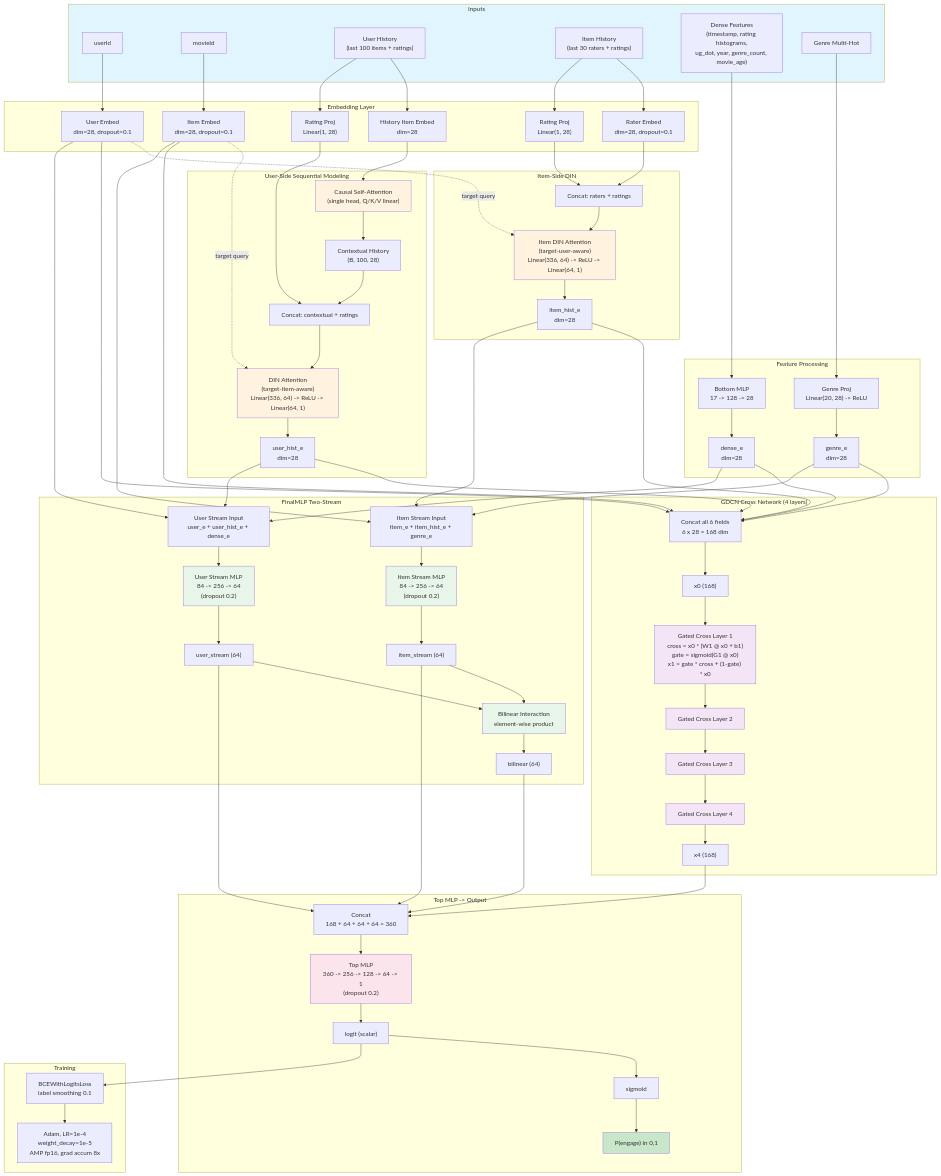
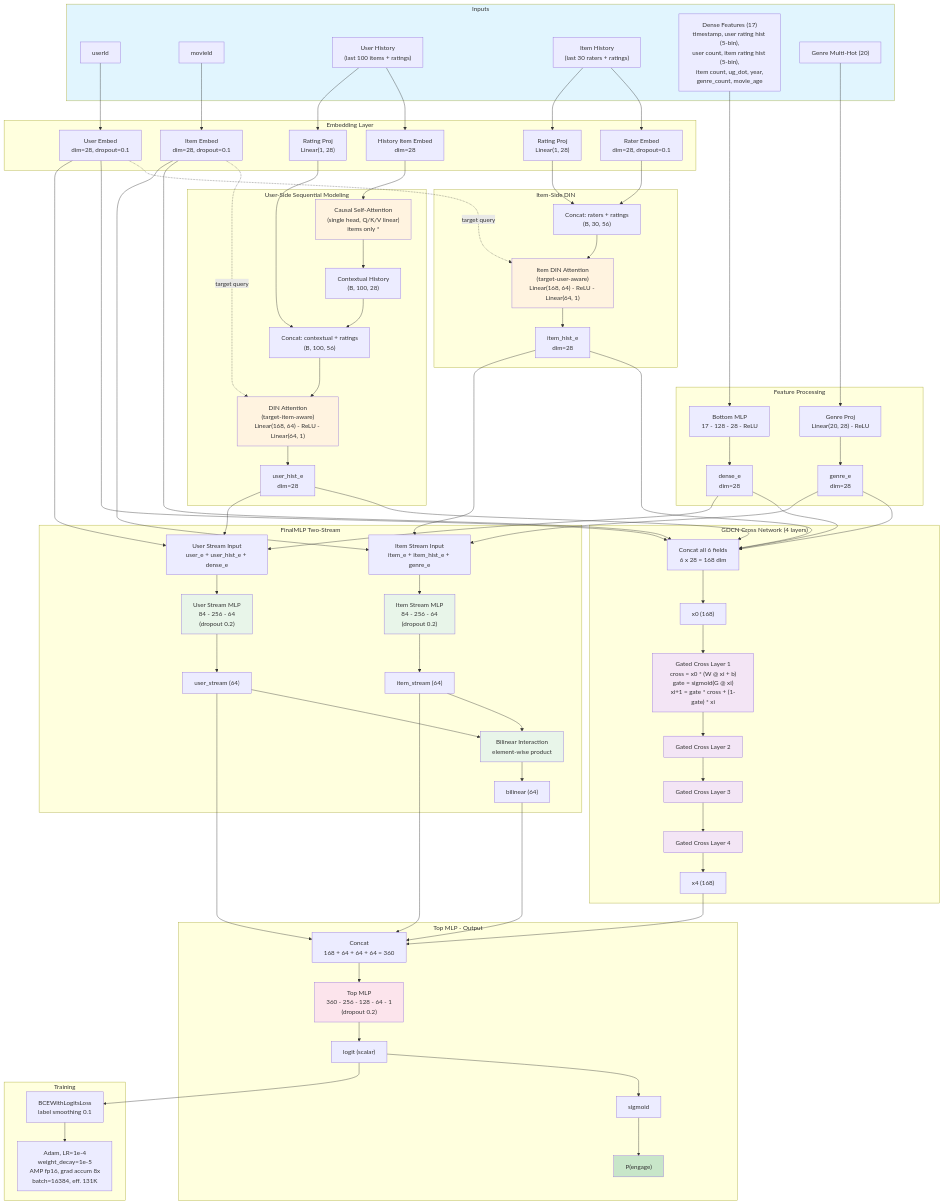
One commit to thuningxu/movielens changed the diagram in architecture.md. Above: the diagram before and after it, drawn with Mermaid. The commit also changed other lines of this file, not shown here.

Commit message:
Update architecture diagram: fix DIN sizes, add detail
- Fix DIN attention input: 336 -> 168 (3*2*28, not 3*2*48)
- Add dense feature breakdown (17 features listed)
- Add batch/training config to Training box
- Add known design note about SA/rating alignment
- Update experiment count to ~140

```diff
--- a/architecture.md
+++ b/architecture.md
@@ -11,11 +11,11 @@
         MID["movieId"]
         HIST["User History<br/>(last 100 items + ratings)"]
         IHIST["Item History<br/>(last 30 raters + ratings)"]
-        DENSE_RAW["Dense Features<br/>(timestamp, rating histograms,<br/>ug_dot, year, genre_count, movie_age)"]
-        GENRE["Genre Multi-Hot"]
+        DENSE_RAW["Dense Features (17)<br/>timestamp, user rating hist (5-bin),<br/>user count, item rating hist (5-bin),<br/>item count, ug_dot, year,<br/>genre_count, movie_age"]
+        GENRE["Genre Multi-Hot (20)"]
     end
 
-    subgraph Embedding Layer
+    subgraph "Embedding Layer"
         UID --> USER_E["User Embed<br/>dim=28, dropout=0.1"]
         MID --> ITEM_E["Item Embed<br/>dim=28, dropout=0.1"]
         HIST --> HIST_E["History Item Embed<br/>dim=28"]
@@ -24,28 +24,28 @@
         IHIST --> RATER_RAT["Rating Proj<br/>Linear(1, 28)"]
     end
 
-    subgraph User-Side Sequential Modeling
-        HIST_E --> CAUSAL["Causal Self-Attention<br/>(single head, Q/K/V linear)"]
+    subgraph "User-Side Sequential Modeling"
+        HIST_E --> CAUSAL["Causal Self-Attention<br/>(single head, Q/K/V linear)<br/>items only *"]
         CAUSAL --> CONTEXTUAL["Contextual History<br/>(B, 100, 28)"]
-        CONTEXTUAL --> DIN_CAT["Concat: contextual + ratings"]
+        CONTEXTUAL --> DIN_CAT["Concat: contextual + ratings<br/>(B, 100, 56)"]
         HIST_RAT --> DIN_CAT
-        DIN_CAT --> DIN["DIN Attention<br/>(target-item-aware)<br/>Linear(336, 64) -> ReLU -> Linear(64, 1)"]
+        DIN_CAT --> DIN["DIN Attention<br/>(target-item-aware)<br/>Linear(168, 64) - ReLU - Linear(64, 1)"]
         ITEM_E -.->|target query| DIN
         DIN --> USER_HIST_E["user_hist_e<br/>dim=28"]
     end
 
-    subgraph Item-Side DIN
-        RATER_E --> IDIN_CAT["Concat: raters + ratings"]
+    subgraph "Item-Side DIN"
+        RATER_E --> IDIN_CAT["Concat: raters + ratings<br/>(B, 30, 56)"]
         RATER_RAT --> IDIN_CAT
-        IDIN_CAT --> IDIN["Item DIN Attention<br/>(target-user-aware)<br/>Linear(336, 64) -> ReLU -> Linear(64, 1)"]
+        IDIN_CAT --> IDIN["Item DIN Attention<br/>(target-user-aware)<br/>Linear(168, 64) - ReLU - Linear(64, 1)"]
         USER_E -.->|target query| IDIN
         IDIN --> ITEM_HIST_E["item_hist_e<br/>dim=28"]
     end
 
-    subgraph Feature Processing
-        DENSE_RAW --> BOTTOM_MLP["Bottom MLP<br/>17 -> 128 -> 28"]
+    subgraph "Feature Processing"
+        DENSE_RAW --> BOTTOM_MLP["Bottom MLP<br/>17 - 128 - 28 - ReLU"]
         BOTTOM_MLP --> DENSE_E["dense_e<br/>dim=28"]
-        GENRE --> GENRE_PROJ["Genre Proj<br/>Linear(20, 28) -> ReLU"]
+        GENRE --> GENRE_PROJ["Genre Proj<br/>Linear(20, 28) - ReLU"]
         GENRE_PROJ --> GENRE_E["genre_e<br/>dim=28"]
     end
 
@@ -57,7 +57,7 @@
         DENSE_E --> CONCAT
         GENRE_E --> CONCAT
         CONCAT --> X0["x0 (168)"]
-        X0 --> GCL1["Gated Cross Layer 1<br/>cross = x0 * (W1 @ x0 + b1)<br/>gate = sigmoid(G1 @ x0)<br/>x1 = gate * cross + (1-gate) * x0"]
+        X0 --> GCL1["Gated Cross Layer 1<br/>cross = x0 * (W @ xi + b)<br/>gate = sigmoid(G @ xi)<br/>xi+1 = gate * cross + (1-gate) * xi"]
         GCL1 --> GCL2["Gated Cross Layer 2"]
         GCL2 --> GCL3["Gated Cross Layer 3"]
         GCL3 --> GCL4["Gated Cross Layer 4"]
@@ -68,13 +68,13 @@
         USER_E --> US_CAT["User Stream Input<br/>user_e + user_hist_e + dense_e"]
         USER_HIST_E --> US_CAT
         DENSE_E --> US_CAT
-        US_CAT --> US["User Stream MLP<br/>84 -> 256 -> 64<br/>(dropout 0.2)"]
+        US_CAT --> US["User Stream MLP<br/>84 - 256 - 64<br/>(dropout 0.2)"]
         US --> US_OUT["user_stream (64)"]
 
         ITEM_E --> IS_CAT["Item Stream Input<br/>item_e + item_hist_e + genre_e"]
         ITEM_HIST_E --> IS_CAT
         GENRE_E --> IS_CAT
-        IS_CAT --> IS["Item Stream MLP<br/>84 -> 256 -> 64<br/>(dropout 0.2)"]
+        IS_CAT --> IS["Item Stream MLP<br/>84 - 256 - 64<br/>(dropout 0.2)"]
         IS --> IS_OUT["item_stream (64)"]
 
         US_OUT --> BILINEAR["Bilinear Interaction<br/>element-wise product"]
@@ -82,20 +82,20 @@
         BILINEAR --> BIL_OUT["bilinear (64)"]
     end
 
-    subgraph "Top MLP -> Output"
+    subgraph "Top MLP - Output"
         X4 --> FINAL_CAT["Concat<br/>168 + 64 + 64 + 64 = 360"]
         US_OUT --> FINAL_CAT
         IS_OUT --> FINAL_CAT
         BIL_OUT --> FINAL_CAT
-        FINAL_CAT --> TOP["Top MLP<br/>360 -> 256 -> 128 -> 64 -> 1<br/>(dropout 0.2)"]
+        FINAL_CAT --> TOP["Top MLP<br/>360 - 256 - 128 - 64 - 1<br/>(dropout 0.2)"]
         TOP --> LOGIT["logit (scalar)"]
         LOGIT --> SIGMOID["sigmoid"]
-        SIGMOID --> PRED["P(engage) in 0,1"]
+        SIGMOID --> PRED["P(engage)"]
     end
 
     subgraph "Training"
         LOGIT --> LOSS["BCEWithLogitsLoss<br/>label smoothing 0.1"]
-        LOSS --> OPT["Adam, LR=1e-4<br/>weight_decay=1e-5<br/>AMP fp16, grad accum 8x"]
+        LOSS --> OPT["Adam, LR=1e-4<br/>weight_decay=1e-5<br/>AMP fp16, grad accum 8x<br/>batch=16384, eff. 131K"]
     end
 
     style Inputs fill:#e1f5fe
```
